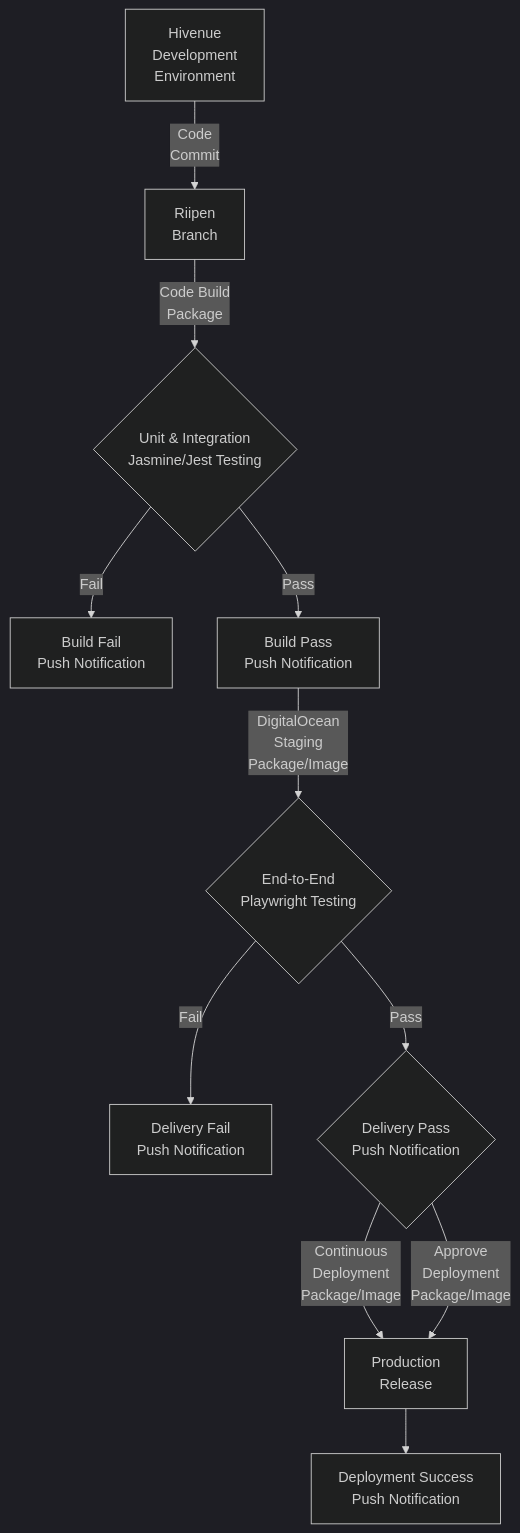
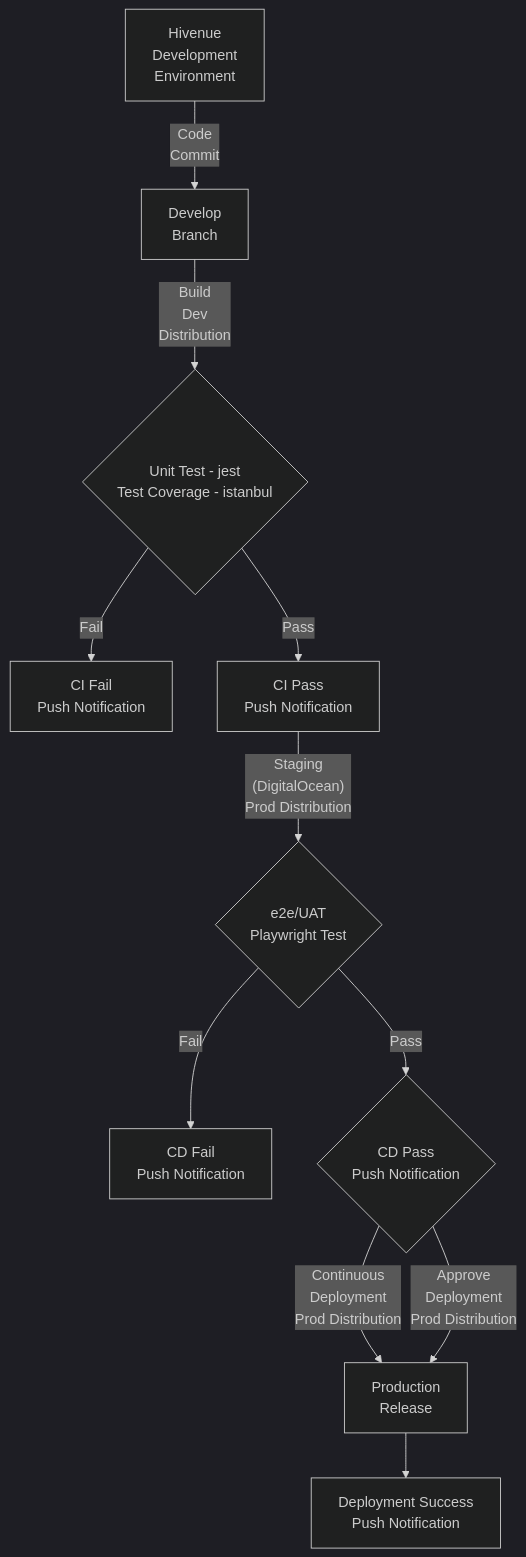
Before and after one commit to HaroonKhanDotNet/hivenue-cicd: the diagram in BRD.md, drawn with Mermaid (dark theme). The commit also changed other lines of this file and 149 other files, not shown here.

````diff
--- a/BRD.md
+++ b/BRD.md
@@ -32,13 +45,13 @@
 ```mermaid
 flowchart TD;
-A[Hivenue <br> Development <br> Environment] --Code <br> Commit--> B[Riipen <br> Branch];
-B --Code Build <br> Package--> C{Unit & Integration <br> Jasmine/Jest Testing};
-C --Fail--> D[Build Fail <br> Push Notification];
-C --Pass--> E[Build Pass <br> Push Notification];
-E --DigitalOcean <br> Staging <br> Package/Image--> F{End-to-End <br> Playwright Testing};
-F --Fail--> G[Delivery Fail <br> Push Notification];
-F --Pass--> H{Delivery Pass <br> Push Notification};
-H --Continuous <br> Deployment <br> Package/Image--> I[Production <br> Release];
-H --Approve <br> Deployment <br> Package/Image--> I;
+A[Hivenue <br> Development <br> Environment] --Code <br> Commit--> B[Develop <br> Branch];
+B --Build <br> Dev <br> Distribution--> C{Unit Test - jest <br> Test Coverage - istanbul};
+C --Fail--> D[CI Fail <br> Push Notification];
+C --Pass--> E[CI Pass <br> Push Notification];
+E --Staging <br> (DigitalOcean) <br> Prod Distribution--> F{e2e/UAT <br> Playwright Test};
+F --Fail--> G[CD Fail <br> Push Notification];
+F --Pass--> H{CD Pass <br> Push Notification};
+H --Continuous <br> Deployment <br> Prod Distribution--> I[Production <br> Release];
+H --Approve <br> Deployment <br> Prod Distribution--> I;
 I --> J[Deployment Success <br> Push Notification]
 ```
````
